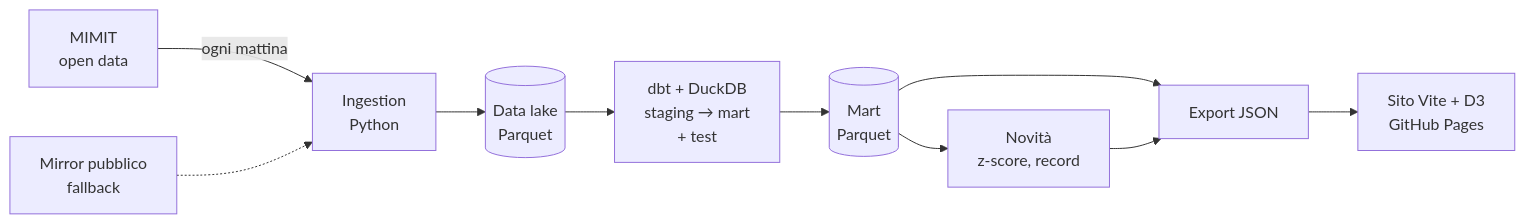
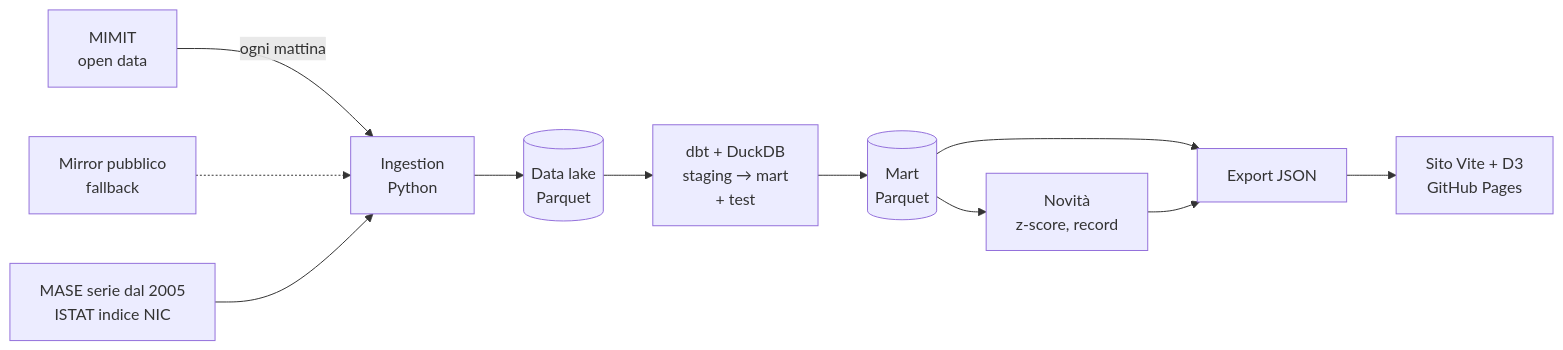
One commit to gabrieleafferni/termometroitalia changed the diagram in README.md. Above: the diagram before and after it, drawn with Mermaid. The commit also changed other lines of this file and 19 other files, not shown here.

First line of the commit message:
Prezzi reali: serie dal 2005 al netto dell'inflazione (indice NIC ISTAT)

````diff
--- a/README.md
+++ b/README.md
@@ -20,12 +20,13 @@
 ```mermaid
 flowchart LR
     A[MIMIT<br/>open data] -->|ogni mattina| B[Ingestion<br/>Python]
     A2[Mirror pubblico<br/>fallback] -.-> B
+    A3[MASE serie dal 2005<br/>ISTAT indice NIC] --> B
     B --> C[(Data lake<br/>Parquet)]
     C --> D[dbt + DuckDB<br/>staging → mart<br/>+ test]
     D --> E[(Mart<br/>Parquet)]
     E --> F[Novità<br/>z-score, record]
     E --> G[Export JSON]
     F --> G
     G --> H[Sito Vite + D3<br/>GitHub Pages]
 ```
````
